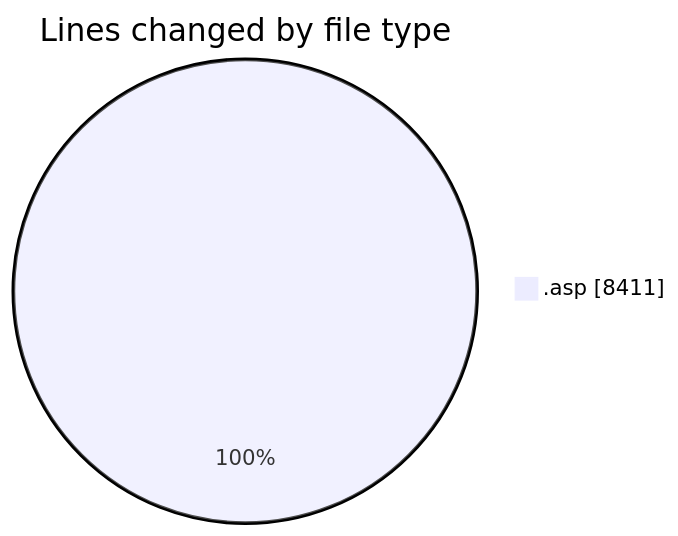
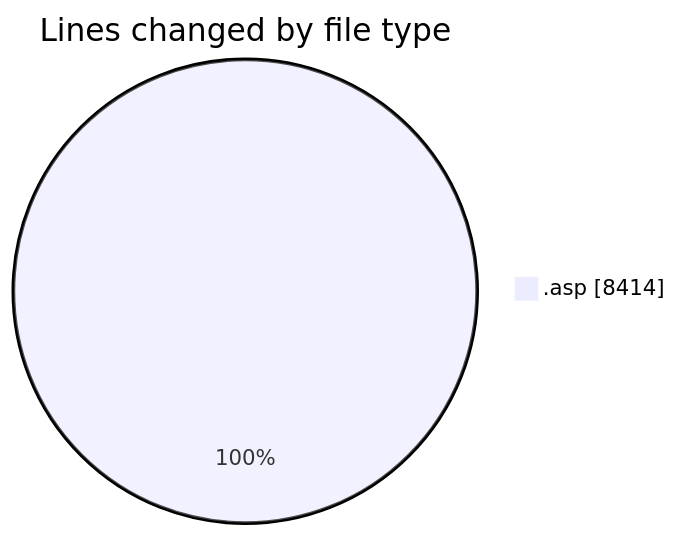
Before and after one commit to julien-gomy/code-tracking: the first of 2 diagrams in 2025-11-14/cdp_aleoudev_fr__workspace_/README.md, drawn with Mermaid. The commit also changed other lines of this file and 1 other file, not shown here.

````diff
--- a/2025-11-14/cdp_aleoudev_fr__workspace_/README.md
+++ b/2025-11-14/cdp_aleoudev_fr__workspace_/README.md
@@ -21,5 +21,5 @@
 ```mermaid
 pie showData
 title Lines changed by file type
-".asp" : 8411
+".asp" : 8414
 ```
````
